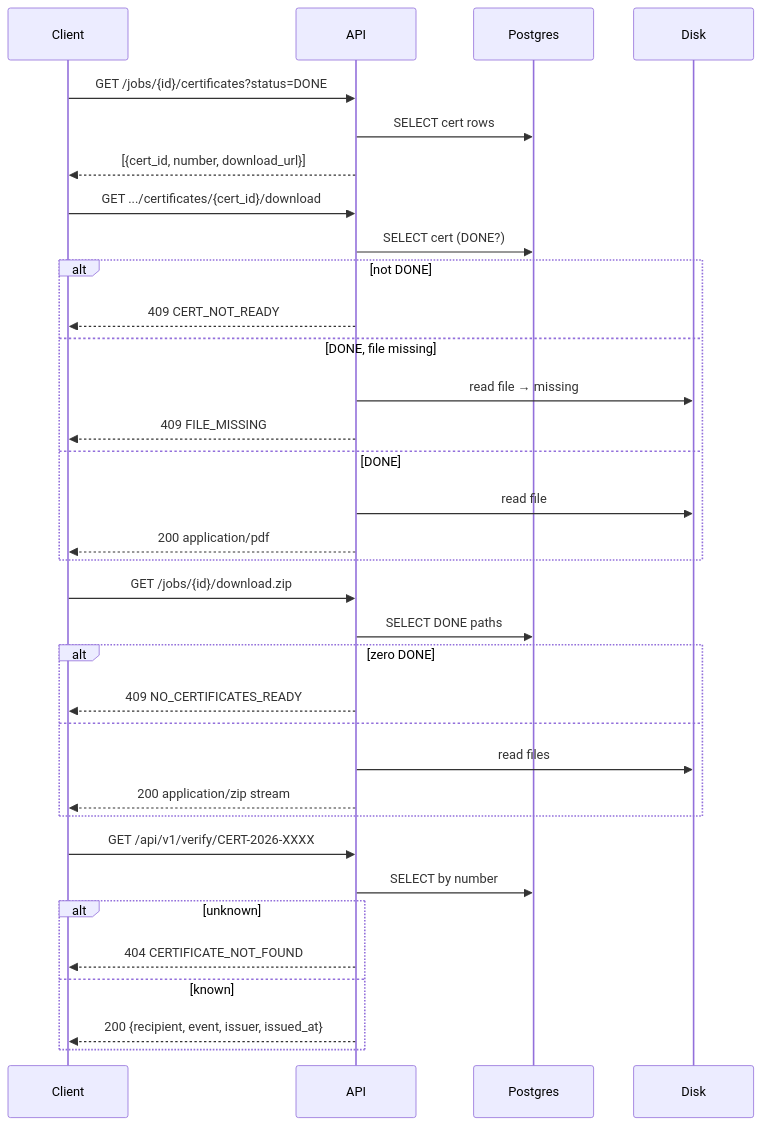
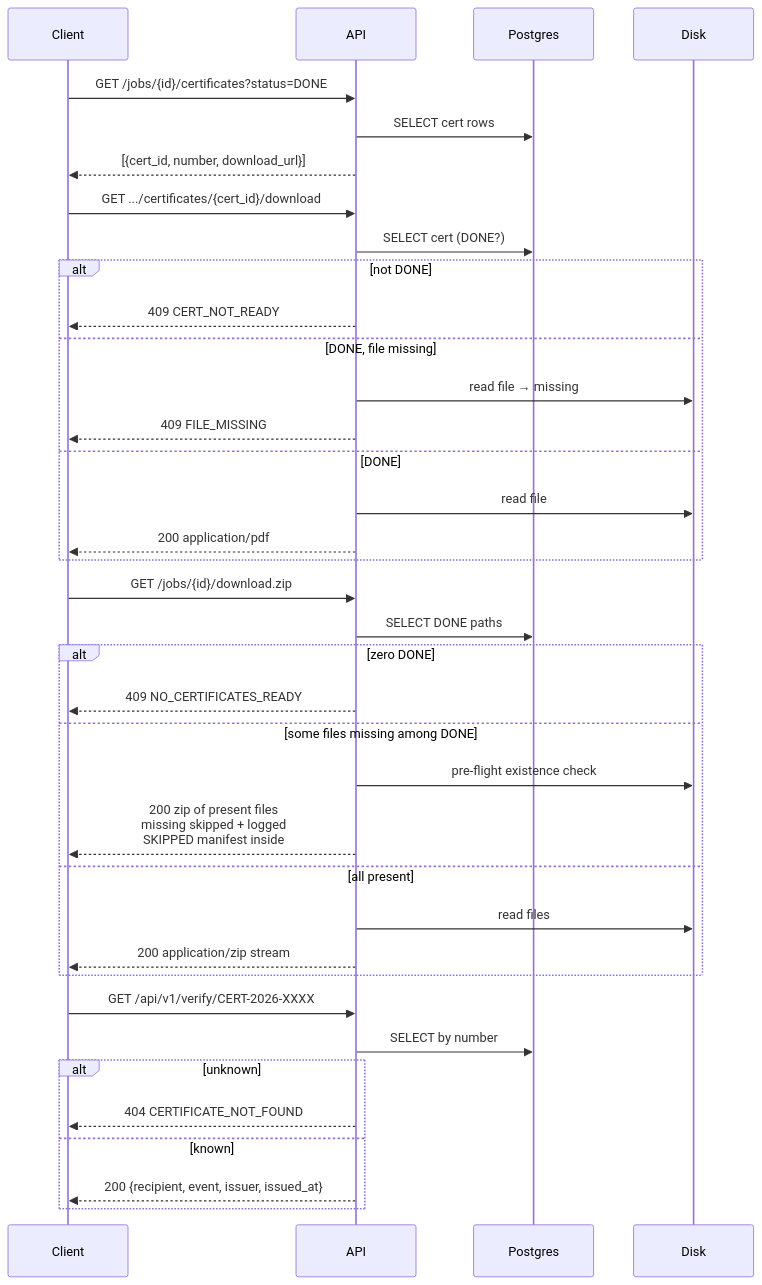
Before and after one commit to shah-dhwanil/aereo-assignment: the tenth of 13 diagrams in docs/superpowers/specs/2026-10-11-bulk-certificate-generator-design.md, drawn with Mermaid. The commit also changed other lines of this file, not shown here.

````diff
--- a/docs/superpowers/specs/2026-10-11-bulk-certificate-generator-design.md
+++ b/docs/superpowers/specs/2026-10-11-bulk-certificate-generator-design.md
@@ -313,40 +335,43 @@
 ```mermaid
 sequenceDiagram
     participant C as Client
     participant A as API
     participant P as Postgres
     participant D as Disk
 
     C->>A: GET /jobs/{id}/certificates?status=DONE
     A->>P: SELECT cert rows
     A-->>C: [{cert_id, number, download_url}]
 
     C->>A: GET .../certificates/{cert_id}/download
     A->>P: SELECT cert (DONE?)
     alt not DONE
         A-->>C: 409 CERT_NOT_READY
     else DONE, file missing
         A->>D: read file → missing
         A-->>C: 409 FILE_MISSING
     else DONE
         A->>D: read file
         A-->>C: 200 application/pdf
     end
 
     C->>A: GET /jobs/{id}/download.zip
     A->>P: SELECT DONE paths
     alt zero DONE
         A-->>C: 409 NO_CERTIFICATES_READY
-    else
+    else some files missing among DONE
+        A->>D: pre-flight existence check
+        A-->>C: 200 zip of present files<br/>missing skipped + logged<br/>SKIPPED manifest inside
+    else all present
         A->>D: read files
         A-->>C: 200 application/zip stream
     end
 
     C->>A: GET /api/v1/verify/CERT-2026-XXXX
     A->>P: SELECT by number
     alt unknown
         A-->>C: 404 CERTIFICATE_NOT_FOUND
     else known
         A-->>C: 200 {recipient, event, issuer, issued_at}
     end
 ```
````
